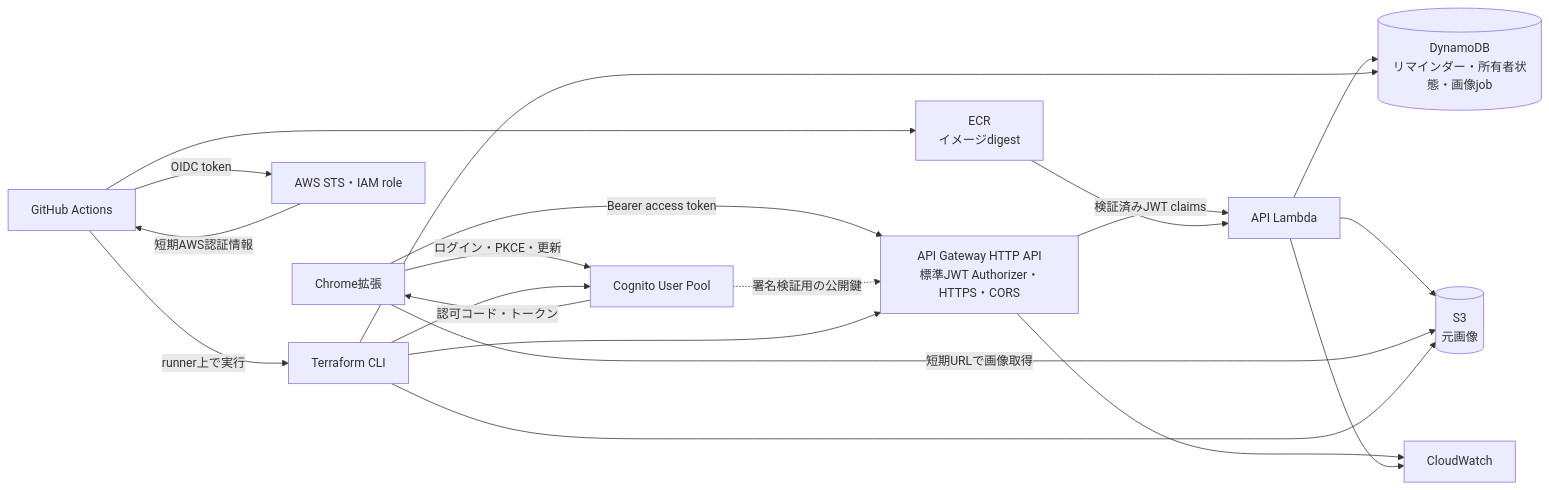
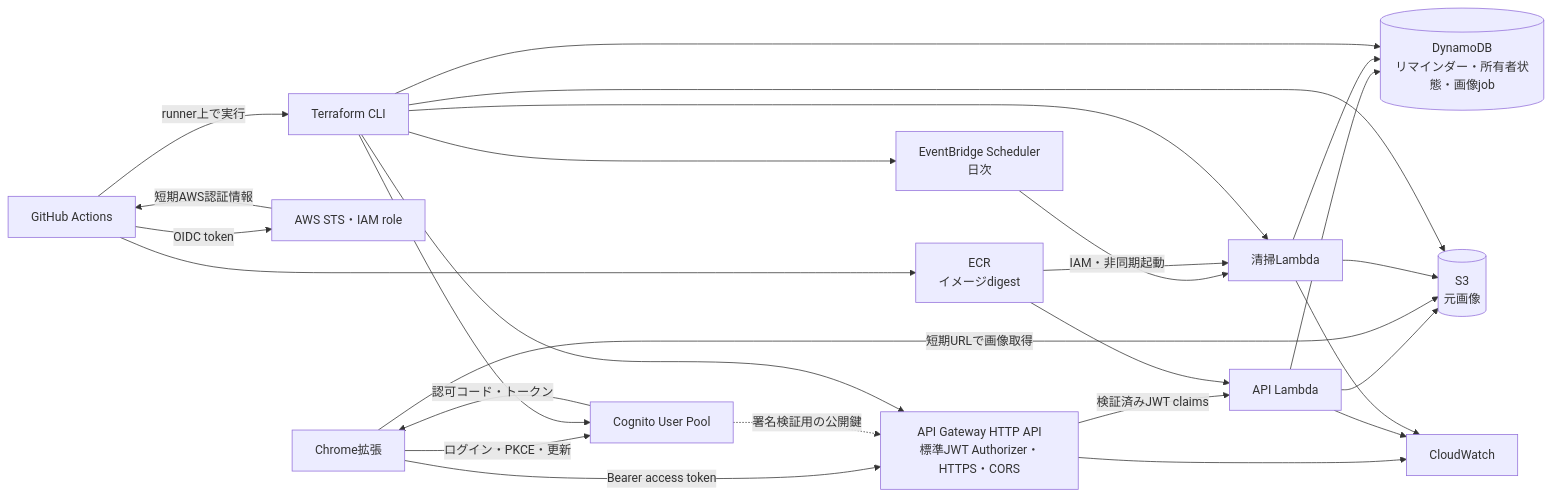
The diagram in docs/superpowers/specs/2026-10-02-reminder-server-aws-design.md (Knu334/reminder-server), drawn with Mermaid before and after one commit. The commit also changed other lines of this file and 2 other files, not shown here.

Commit message:
docs: use production-only environment and scheduled cleanup Lambda

````diff
--- a/docs/superpowers/specs/2026-10-02-reminder-server-aws-design.md
+++ b/docs/superpowers/specs/2026-10-02-reminder-server-aws-design.md
@@ -35,22 +35,29 @@
 ```mermaid
 flowchart LR
     Client[Chrome拡張] -->|ログイン・PKCE・更新| Cognito[Cognito User Pool]
     Cognito -->|認可コード・トークン| Client
     Client -->|Bearer access token| Gateway[API Gateway HTTP API\n標準JWT Authorizer・HTTPS・CORS]
     Cognito -.->|署名検証用の公開鍵| Gateway
     Gateway -->|検証済みJWT claims| API[API Lambda]
     API --> Data[(DynamoDB\nリマインダー・所有者状態・画像job)]
     API --> Images[(S3\n元画像)]
     Client -->|短期URLで画像取得| Images
     Gateway --> Logs[CloudWatch]
     API --> Logs
+    Scheduler[EventBridge Scheduler\n日次] -->|IAM・非同期起動| Cleanup[清掃Lambda]
+    Cleanup --> Data
+    Cleanup --> Images
+    Cleanup --> Logs
     GHA[GitHub Actions] -->|OIDC token| STS[AWS STS・IAM role]
     STS -->|短期AWS認証情報| GHA
     GHA -->|runner上で実行| TF[Terraform CLI]
     GHA --> ECR[ECR\nイメージdigest]
     ECR --> API
+    ECR --> Cleanup
     TF --> Gateway
     TF --> Cognito
     TF --> Data
     TF --> Images
+    TF --> Scheduler
+    TF --> Cleanup
 ```
````
